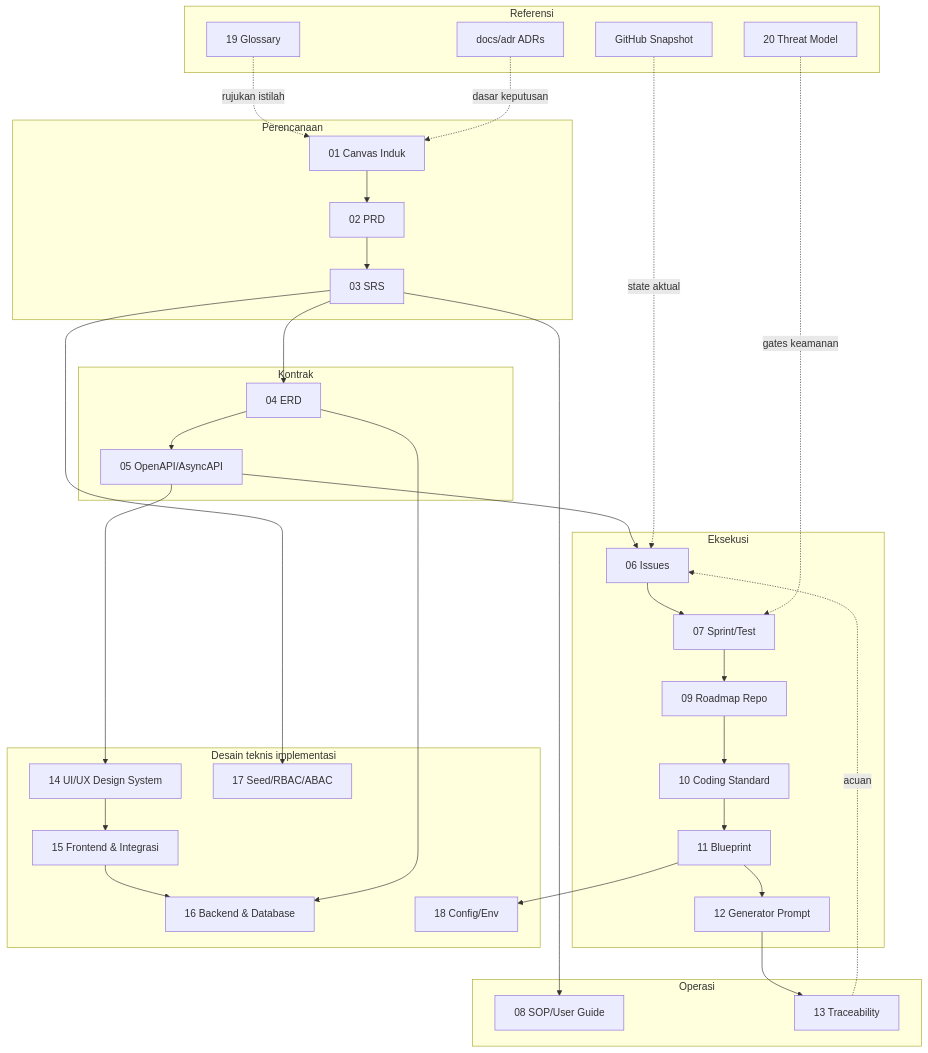
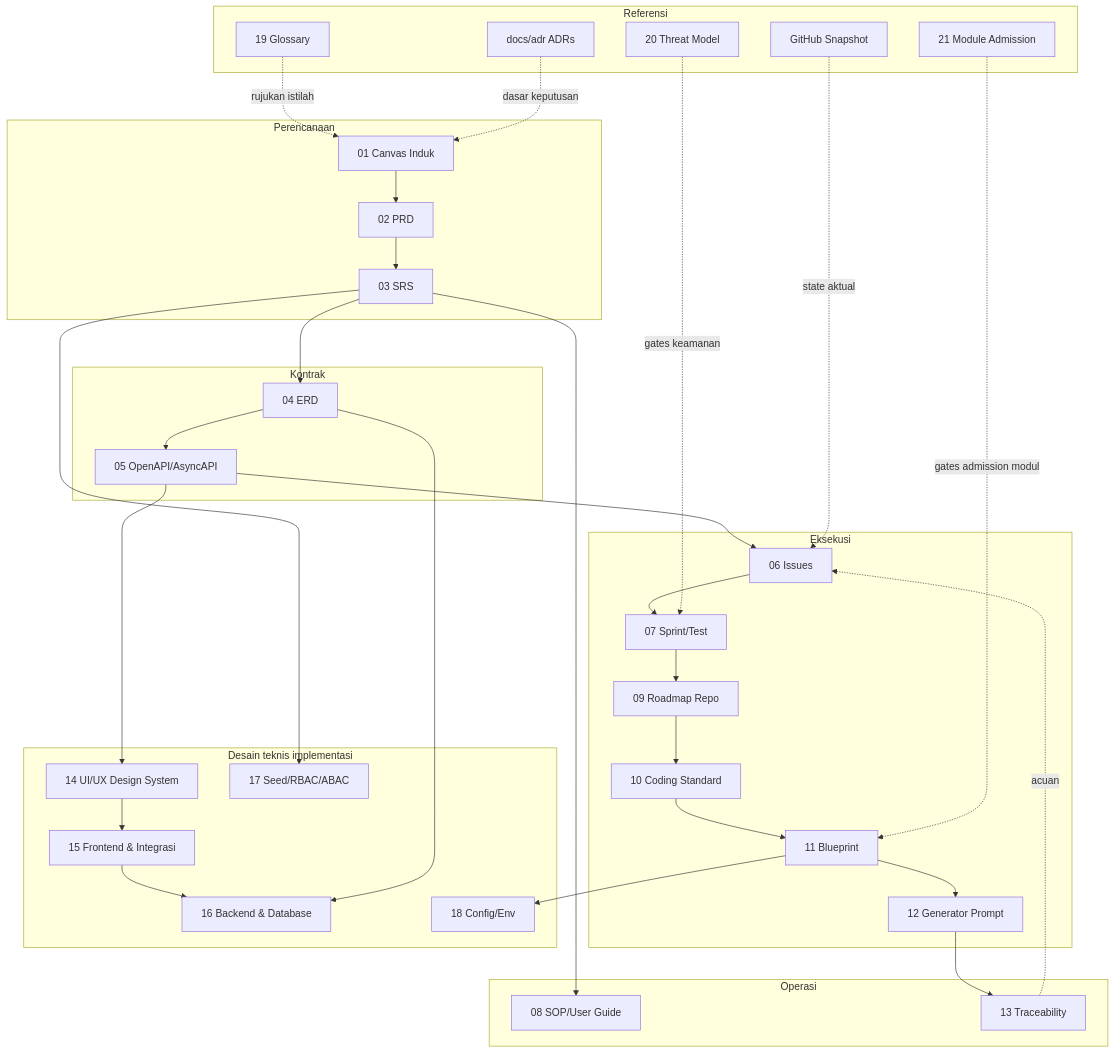
The diagram in docs/awcms-mini/README.md (ahliweb/awcms-mini), drawn with Mermaid before and after one commit. The commit also changed other lines of this file and 33 other files, not shown here.

````diff
--- a/docs/awcms-mini/README.md
+++ b/docs/awcms-mini/README.md
@@ -11,50 +11,52 @@
 ```mermaid
 flowchart TB
   subgraph Perencanaan
     D1[01 Canvas Induk]
     D2[02 PRD]
     D3[03 SRS]
   end
   subgraph Kontrak
     D4[04 ERD]
     D5[05 OpenAPI/AsyncAPI]
   end
   subgraph Eksekusi
     D6[06 Issues]
     D7[07 Sprint/Test]
     D9[09 Roadmap Repo]
     D10[10 Coding Standard]
     D11[11 Blueprint]
     D12[12 Generator Prompt]
   end
   subgraph Operasi
     D8[08 SOP/User Guide]
     D13[13 Traceability]
   end
   subgraph DesainTeknis["Desain teknis implementasi"]
     D14[14 UI/UX Design System]
     D15[15 Frontend & Integrasi]
     D16[16 Backend & Database]
     D17[17 Seed/RBAC/ABAC]
     D18[18 Config/Env]
   end
   subgraph Referensi
     D19[19 Glossary]
     D20[20 Threat Model]
+    D21[21 Module Admission]
     ADR[docs/adr ADRs]
     GH[GitHub Snapshot]
   end
 
   D1 --> D2 --> D3 --> D4 --> D5 --> D6 --> D7
   D7 --> D9 --> D10 --> D11 --> D12 --> D13
   D3 --> D8
   D13 -.acuan.-> D6
   D5 --> D14 --> D15 --> D16
   D4 --> D16
   D3 --> D17
   D11 --> D18
   D19 -.rujukan istilah.-> D1
   D20 -.gates keamanan.-> D7
+  D21 -.gates admission modul.-> D11
   ADR -.dasar keputusan.-> D1
   GH -.state aktual.-> D6
 ```
````
